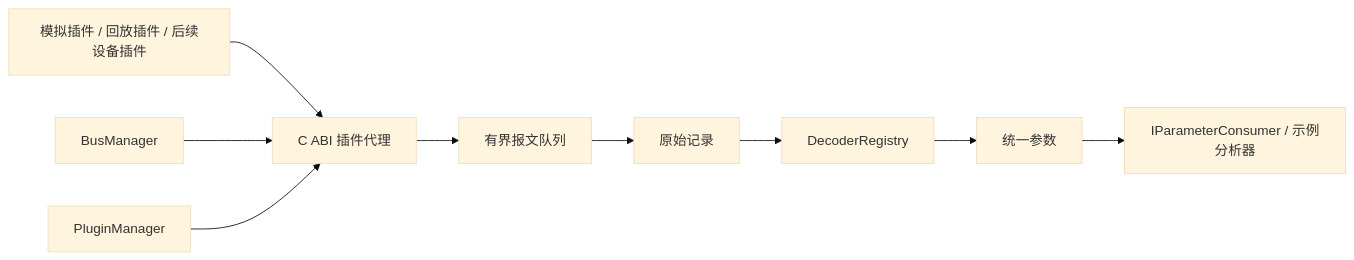
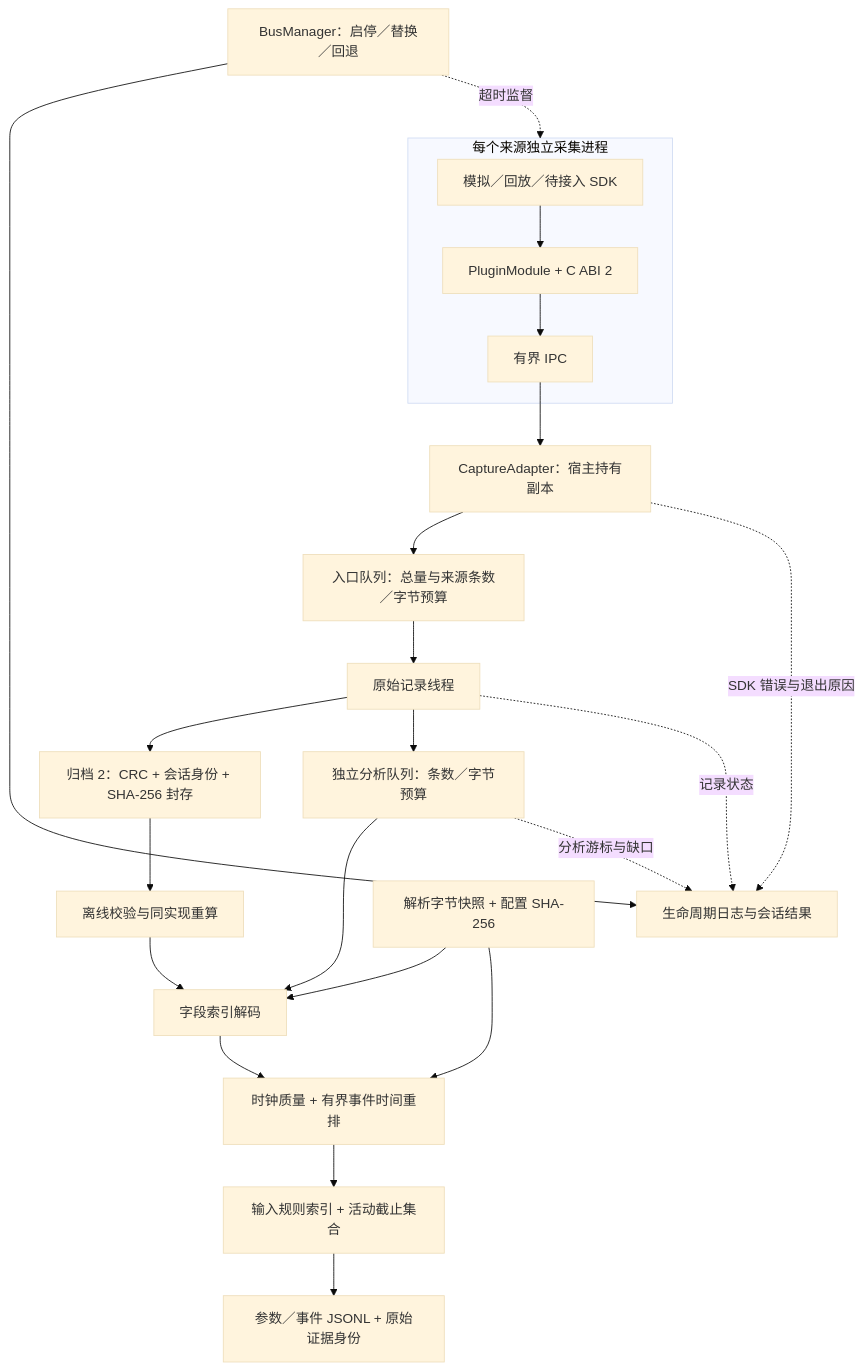
One commit to Aggressivecyber/avionics-backend changed the diagram in avionics-backend/docs/architecture.md. Above: the diagram before and after it, drawn with Mermaid (base theme). The commit also changed other lines of this file and 48 other files, not shown here.

````diff
--- a/avionics-backend/docs/architecture.md
+++ b/avionics-backend/docs/architecture.md
@@ -9,11 +5,25 @@
 ```mermaid
-flowchart LR
-    A[模拟插件 / 回放插件 / 后续设备插件] --> B[C ABI 插件代理]
-    M[BusManager] --> B
-    P[PluginManager] --> B
-    B --> Q[有界报文队列]
-    Q --> R[原始记录]
-    R --> D[DecoderRegistry]
-    D --> S[统一参数]
-    S --> E[IParameterConsumer / 示例分析器]
+flowchart TB
+    M[BusManager：启停／替换／回退] -. 超时监督 .-> W
+    subgraph W[每个来源独立采集进程]
+        P[模拟／回放／待接入 SDK] --> C[PluginModule + C ABI 2]
+        C --> I[有界 IPC]
+    end
+    I --> A[CaptureAdapter：宿主持有副本]
+    A --> Q[入口队列：总量与来源条数／字节预算]
+    Q --> R[原始记录线程]
+    R --> F[归档 2：CRC + 会话身份 + SHA-256 封存]
+    R --> B[独立分析队列：条数／字节预算]
+    B --> D[字段索引解码]
+    D --> T[时钟质量 + 有界事件时间重排]
+    T --> E[输入规则索引 + 活动截止集合]
+    E --> O[参数／事件 JSONL + 原始证据身份]
+    F --> OFF[离线校验与同实现重算]
+    OFF --> D
+    M --> J[生命周期日志与会话结果]
+    A -. SDK 错误与退出原因 .-> J
+    R -. 记录状态 .-> J
+    B -. 分析游标与缺口 .-> J
+    K[解析字节快照 + 配置 SHA-256] --> D
+    K --> T
 ```
````
